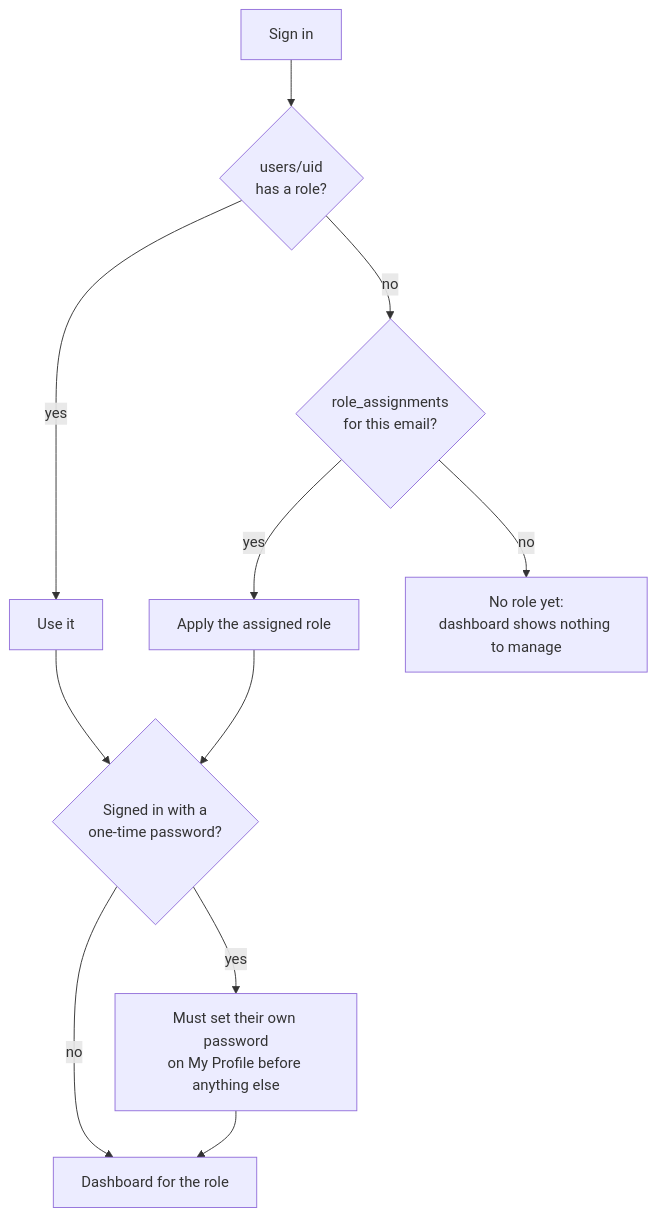
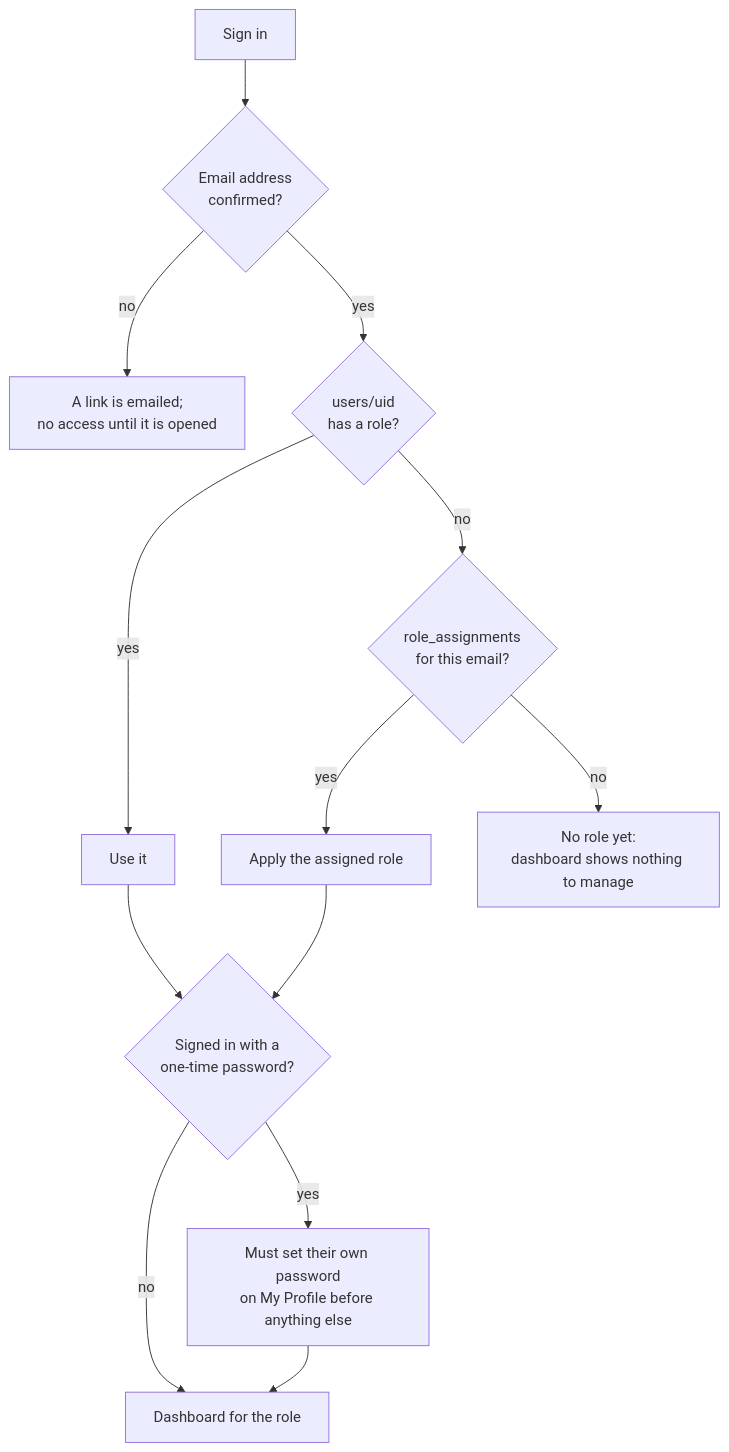
One commit to The-Dark-Ranger/Jeddah-Hub changed the third of 12 diagrams in docs/HOW-IT-WORKS.md. Above: the diagram before and after it, drawn with Mermaid. The commit also changed other lines of this file and 24 other files, not shown here.

````diff
--- a/docs/HOW-IT-WORKS.md
+++ b/docs/HOW-IT-WORKS.md
@@ -111,13 +114,15 @@
 ```mermaid
 flowchart TD
-    S[Sign in] --> U{users/uid<br/>has a role?}
+    S[Sign in] --> E{Email address<br/>confirmed?}
+    E -->|no| L[A link is emailed;<br/>no access until it is opened]
+    E -->|yes| U{users/uid<br/>has a role?}
     U -->|yes| R[Use it]
     U -->|no| A{role_assignments<br/>for this email?}
     A -->|yes| R2[Apply the assigned role]
     A -->|no| N[No role yet:<br/>dashboard shows nothing to manage]
     R --> PW{Signed in with a<br/>one-time password?}
     R2 --> PW
     PW -->|yes| B[Must set their own password<br/>on My Profile before anything else]
     PW -->|no| D[Dashboard for the role]
     B --> D
 ```
````
